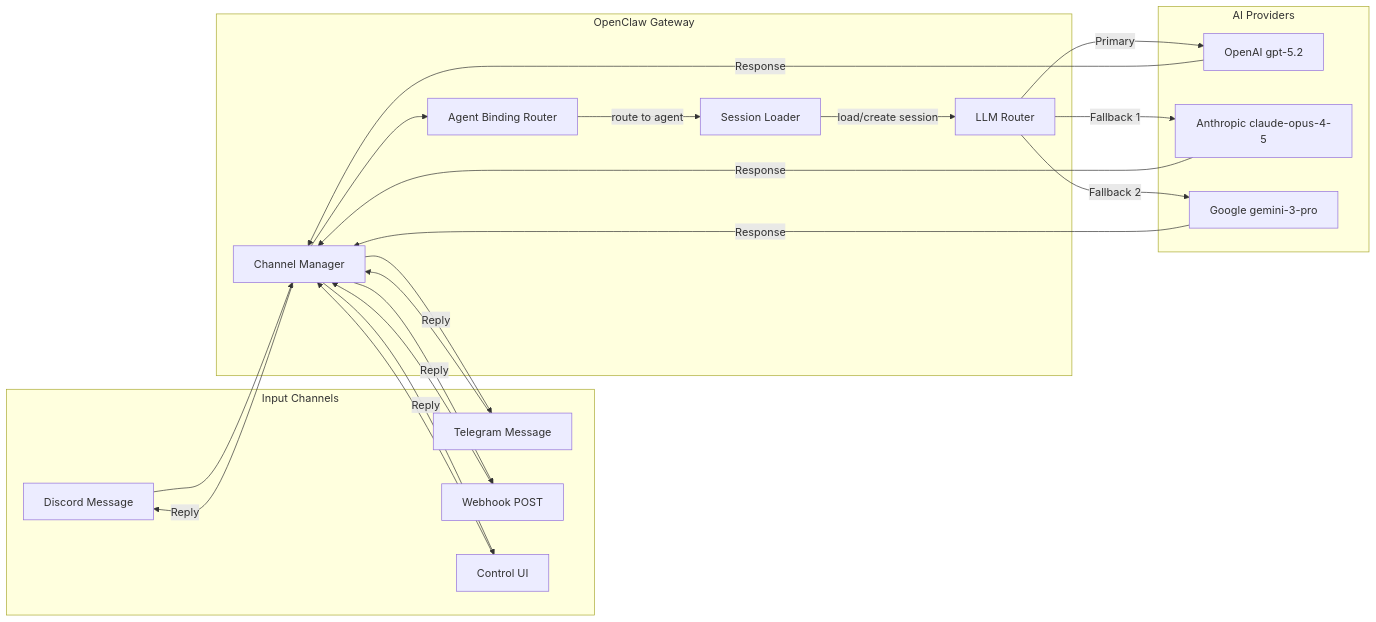
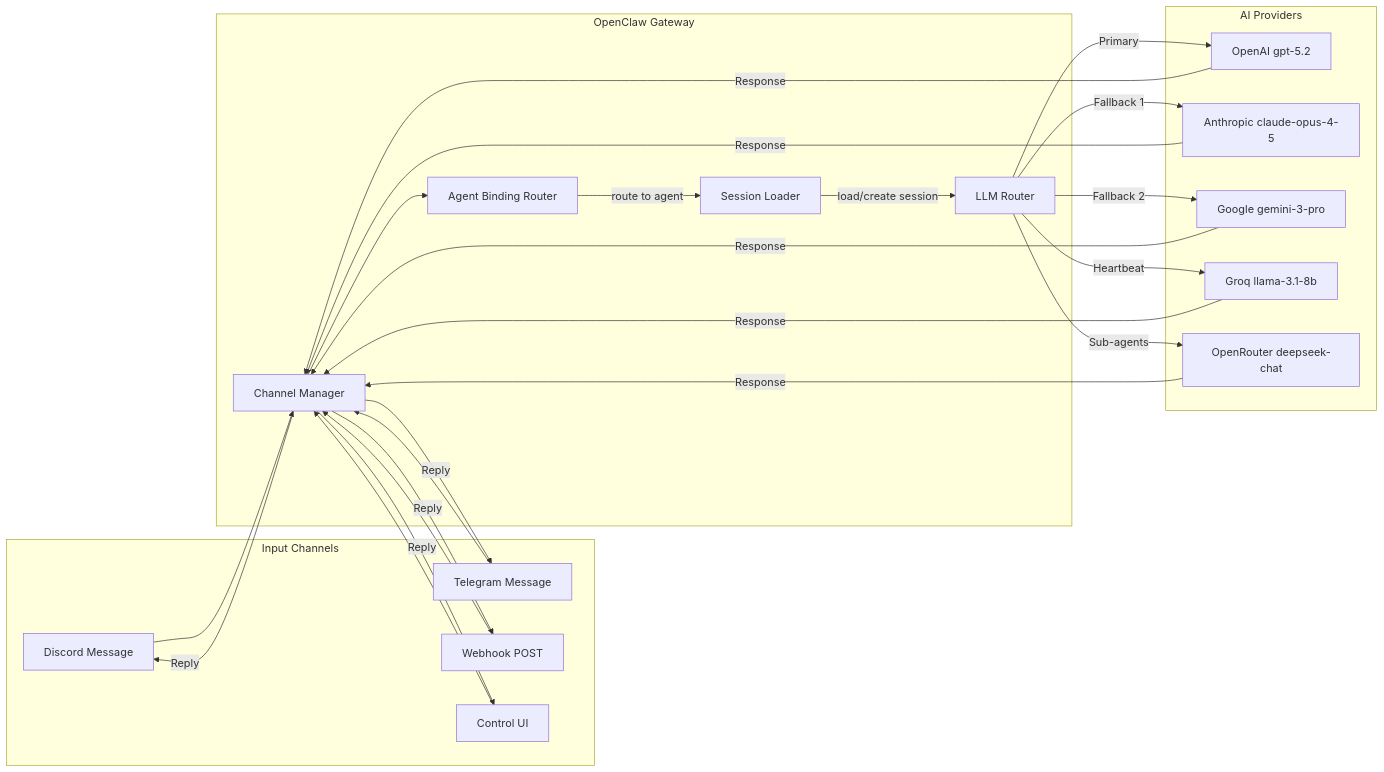
One commit to sanchezcodes/gordon-matrix changed the third of 3 diagrams in docs/repository-deep-dive.md. Above: the diagram before and after it, drawn with Mermaid. The commit also changed other lines of this file and 2 other files, not shown here.

First line of the commit message:
Update docs: Groq/OpenRouter tiered routing, Nano Banana image gen

````diff
--- a/docs/repository-deep-dive.md
+++ b/docs/repository-deep-dive.md
@@ -296,40 +312,46 @@
 ```mermaid
 flowchart LR
     subgraph Input Channels
         A[Discord Message]
         A2[Telegram Message]
         B[Webhook POST]
         C[Control UI]
     end
 
     subgraph OpenClaw Gateway
         D[Channel Manager]
         E[Agent Binding Router]
         F[Session Loader]
         G[LLM Router]
     end
 
     subgraph AI Providers
         H[OpenAI gpt-5.2]
         I[Anthropic claude-opus-4-5]
         J[Google gemini-3-pro]
+        K[Groq llama-3.1-8b]
+        L[OpenRouter deepseek-chat]
     end
 
     A --> D
     A2 --> D
     B --> D
     C --> D
     D --> E
     E -->|"route to agent"| F
     F -->|"load/create session"| G
     G -->|"Primary"| H
     G -->|"Fallback 1"| I
     G -->|"Fallback 2"| J
+    G -->|"Heartbeat"| K
+    G -->|"Sub-agents"| L
     H -->|"Response"| D
     I -->|"Response"| D
     J -->|"Response"| D
+    K -->|"Response"| D
+    L -->|"Response"| D
     D -->|"Reply"| A
     D -->|"Reply"| A2
     D -->|"Reply"| B
     D -->|"Reply"| C
 ```
````
